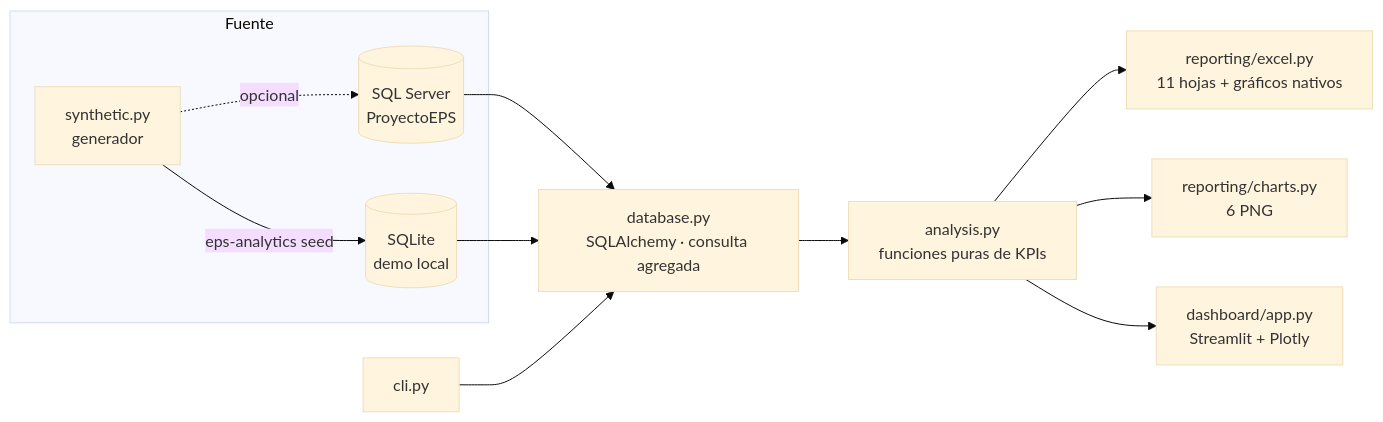
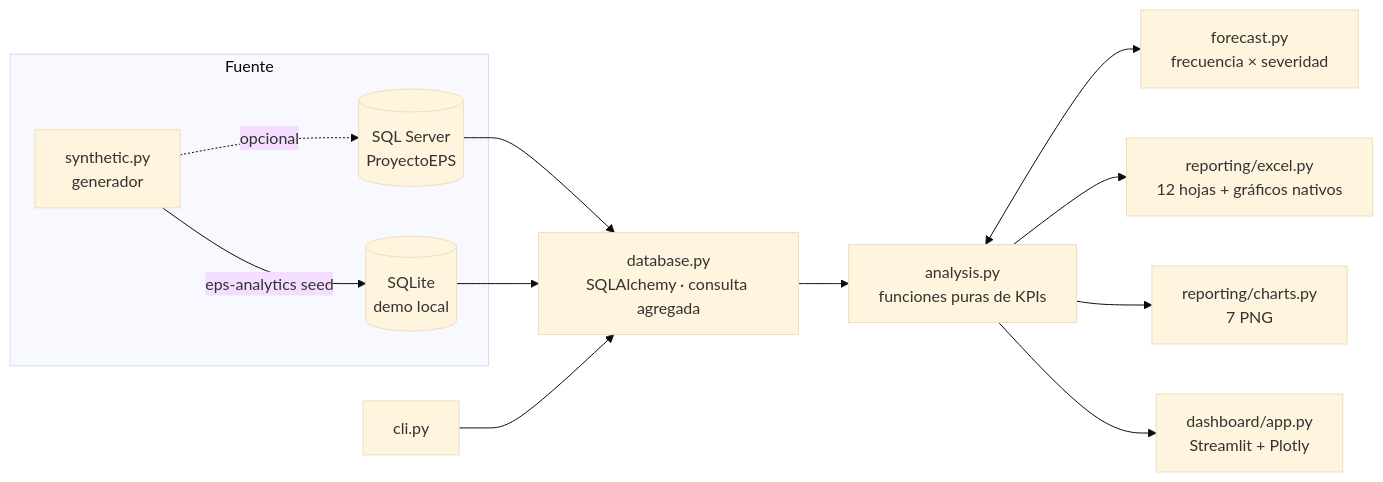
One commit to zemogc/AnalisisDatosEps changed the first of 2 diagrams in README.md. Above: the diagram before and after it, drawn with Mermaid (base theme). The commit also changed other lines of this file and 15 other files, not shown here.

````diff
--- a/README.md
+++ b/README.md
@@ -118,15 +125,16 @@
 ```mermaid
 flowchart LR
     subgraph Fuente
         A[(SQL Server<br/>ProyectoEPS)]
         B[(SQLite<br/>demo local)]
         S[synthetic.py<br/>generador] -->|eps-analytics seed| B
         S -.->|opcional| A
     end
     A & B --> D[database.py<br/>SQLAlchemy · consulta agregada]
     D --> E[analysis.py<br/>funciones puras de KPIs]
-    E --> F[reporting/excel.py<br/>11 hojas + gráficos nativos]
-    E --> G[reporting/charts.py<br/>6 PNG]
+    E <--> P[forecast.py<br/>frecuencia × severidad]
+    E --> F[reporting/excel.py<br/>12 hojas + gráficos nativos]
+    E --> G[reporting/charts.py<br/>7 PNG]
     E --> H[dashboard/app.py<br/>Streamlit + Plotly]
     C[cli.py] --> D
 ```
````
